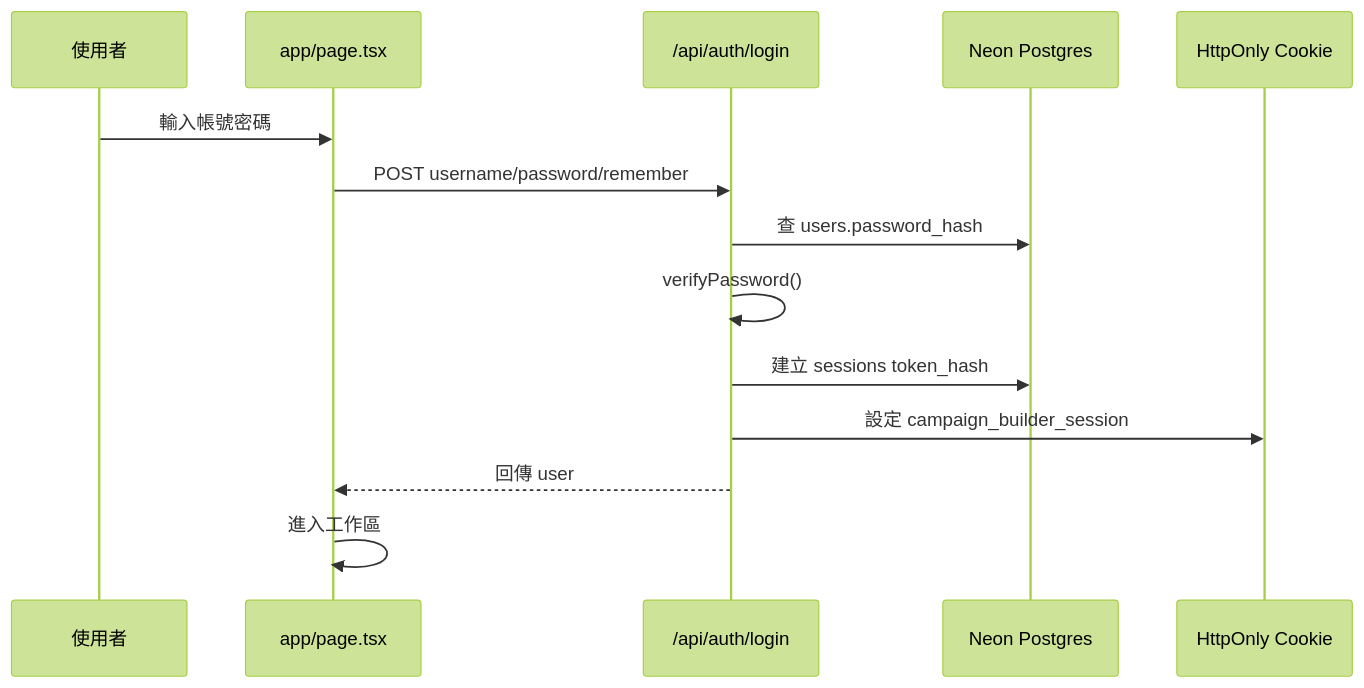
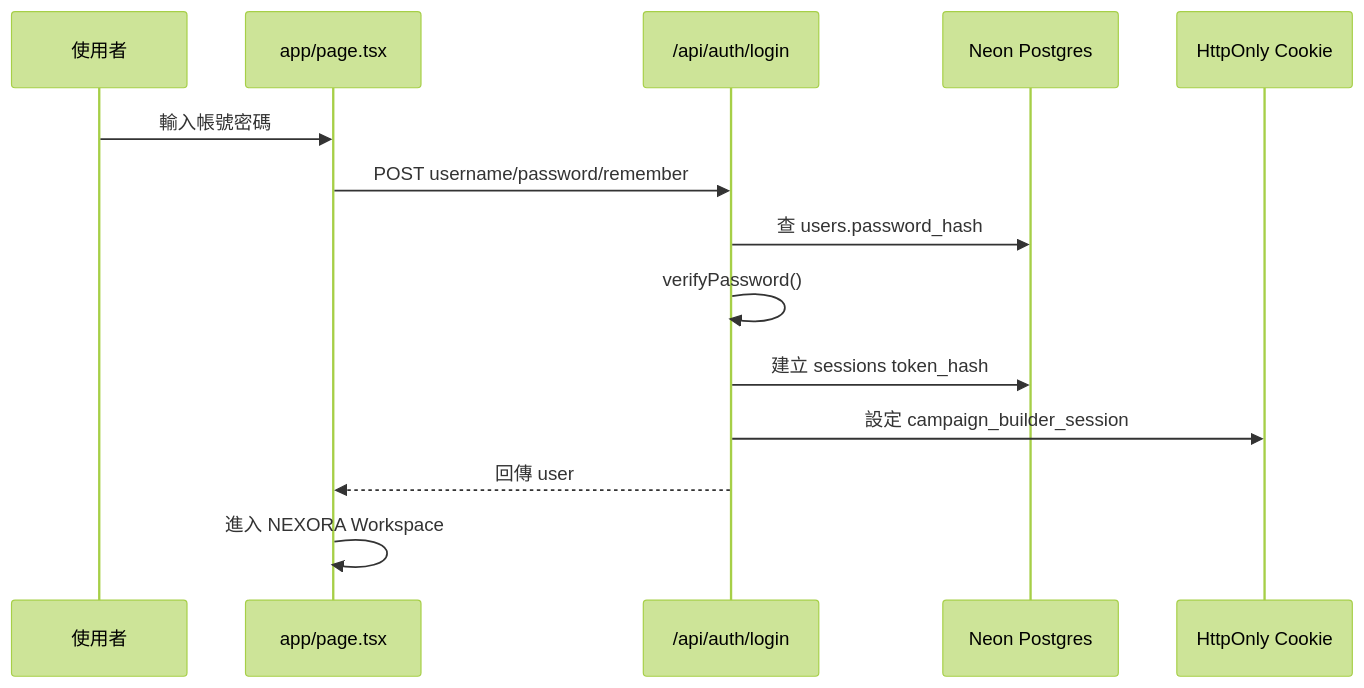
One commit to Iveslee00/Campaign-Module-Builder changed the third of 7 diagrams in docs/site-architecture.md. Above: the diagram before and after it, drawn with Mermaid (forest theme). The commit also changed other lines of this file and 8 other files, not shown here.

Commit message:
Rebrand workspace to NEXORA

````diff
--- a/docs/site-architecture.md
+++ b/docs/site-architecture.md
@@ -100,17 +100,17 @@
 ```mermaid
 sequenceDiagram
   participant U as 使用者
   participant UI as app/page.tsx
   participant API as /api/auth/login
   participant DB as Neon Postgres
   participant Cookie as HttpOnly Cookie
 
   U->>UI: 輸入帳號密碼
   UI->>API: POST username/password/remember
   API->>DB: 查 users.password_hash
   API->>API: verifyPassword()
   API->>DB: 建立 sessions token_hash
   API->>Cookie: 設定 campaign_builder_session
   API-->>UI: 回傳 user
-  UI->>UI: 進入工作區
+  UI->>UI: 進入 NEXORA Workspace
 ```
````
